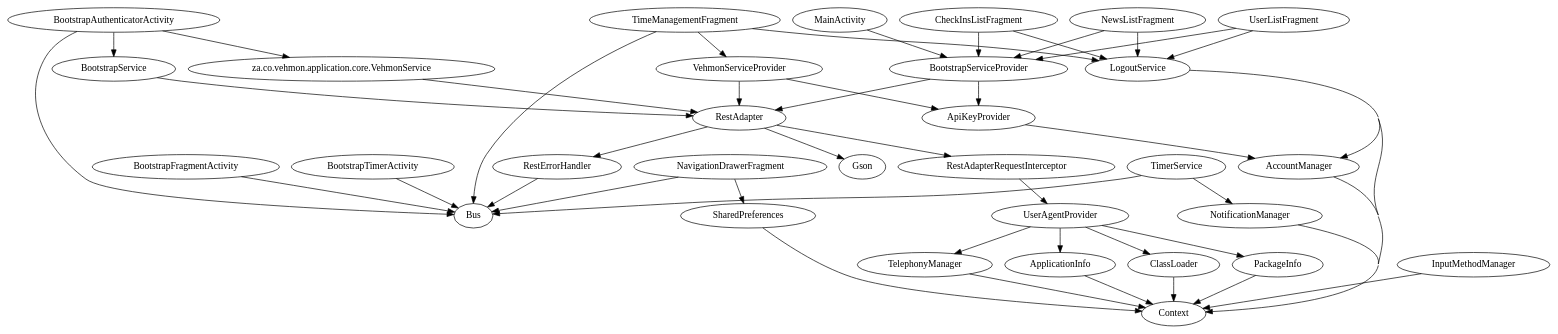
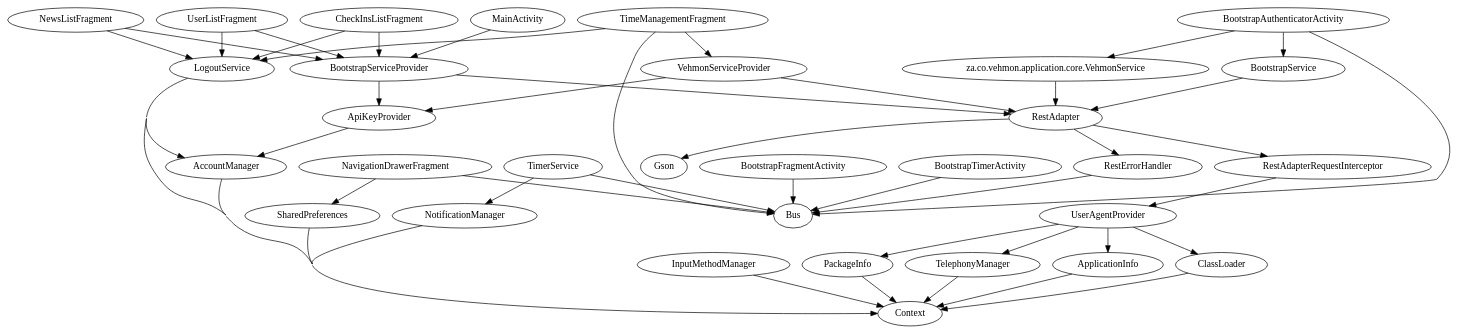
The diagram in app/build/intermediates/classes/debug/za/co/vehmon/application/RootModule.dot (Renaldobenji/android-vehmon), drawn with Graphviz before and after one commit. The commit also changed other lines of this file and 9 other files, not shown here.

```diff
--- a/app/build/intermediates/classes/debug/za/co/vehmon/application/RootModule.dot
+++ b/app/build/intermediates/classes/debug/za/co/vehmon/application/RootModule.dot
@@ -1,49 +1,49 @@
 digraph G1 {
   concentrate = true;
   AccountManager -> Context;
   ApiKeyProvider -> AccountManager;
   ApplicationInfo -> Context;
-  BootstrapAuthenticatorActivity -> BootstrapService;
+  BootstrapAuthenticatorActivity -> Bus;
   n2 [label="za.co.vehmon.application.core.VehmonService"];
   BootstrapAuthenticatorActivity -> n2;
-  BootstrapAuthenticatorActivity -> Bus;
+  BootstrapAuthenticatorActivity -> BootstrapService;
   BootstrapFragmentActivity -> Bus;
   BootstrapService -> RestAdapter;
   BootstrapServiceProvider -> ApiKeyProvider;
   BootstrapServiceProvider -> RestAdapter;
   BootstrapTimerActivity -> Bus;
+  CheckInsListFragment -> BootstrapServiceProvider;
   CheckInsListFragment -> LogoutService;
-  CheckInsListFragment -> BootstrapServiceProvider;
   ClassLoader -> Context;
   InputMethodManager -> Context;
   LogoutService -> AccountManager;
   LogoutService -> Context;
   MainActivity -> BootstrapServiceProvider;
   NavigationDrawerFragment -> SharedPreferences;
   NavigationDrawerFragment -> Bus;
+  NewsListFragment -> BootstrapServiceProvider;
   NewsListFragment -> LogoutService;
-  NewsListFragment -> BootstrapServiceProvider;
   NotificationManager -> Context;
   PackageInfo -> Context;
-  RestAdapter -> RestAdapterRequestInterceptor;
   RestAdapter -> Gson;
   RestAdapter -> RestErrorHandler;
+  RestAdapter -> RestAdapterRequestInterceptor;
   RestAdapterRequestInterceptor -> UserAgentProvider;
   RestErrorHandler -> Bus;
   SharedPreferences -> Context;
   TelephonyManager -> Context;
-  TimeManagementFragment -> LogoutService;
   TimeManagementFragment -> Bus;
   TimeManagementFragment -> VehmonServiceProvider;
+  TimeManagementFragment -> LogoutService;
+  TimerService -> Bus;
   TimerService -> NotificationManager;
-  TimerService -> Bus;
+  UserAgentProvider -> ApplicationInfo;
   UserAgentProvider -> TelephonyManager;
   UserAgentProvider -> PackageInfo;
   UserAgentProvider -> ClassLoader;
-  UserAgentProvider -> ApplicationInfo;
+  UserListFragment -> BootstrapServiceProvider;
   UserListFragment -> LogoutService;
-  UserListFragment -> BootstrapServiceProvider;
   VehmonServiceProvider -> ApiKeyProvider;
   VehmonServiceProvider -> RestAdapter;
   n2 -> RestAdapter;
 }
```
